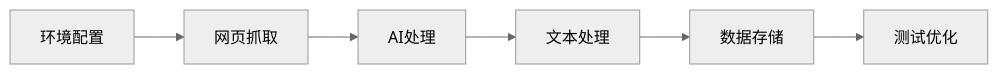
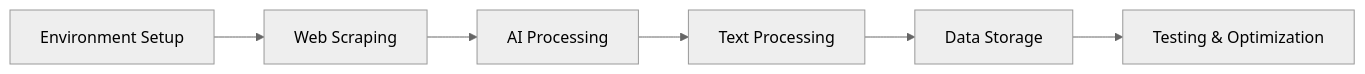
Before and after one commit to ChanMeng666/ai-programming-teaching-project: the diagram in versioned_docs/version-2024-winter/tools/coze-tutorial.mdx, drawn with Mermaid (neutral theme). The commit also changed other lines of this file and 472 other files, not shown here.

````diff
--- a/versioned_docs/version-2024-winter/tools/coze-tutorial.mdx
+++ b/versioned_docs/version-2024-winter/tools/coze-tutorial.mdx
@@ -294,8 +272,8 @@
 ```mermaid
 graph LR
-    A[环境配置] --> B[网页抓取]
-    B --> C[AI处理]
-    C --> D[文本处理]
-    D --> E[数据存储]
-    E --> F[测试优化]
+    A[Environment Setup] --> B[Web Scraping]
+    B --> C[AI Processing]
+    C --> D[Text Processing]
+    D --> E[Data Storage]
+    E --> F[Testing & Optimization]
 ```
````
